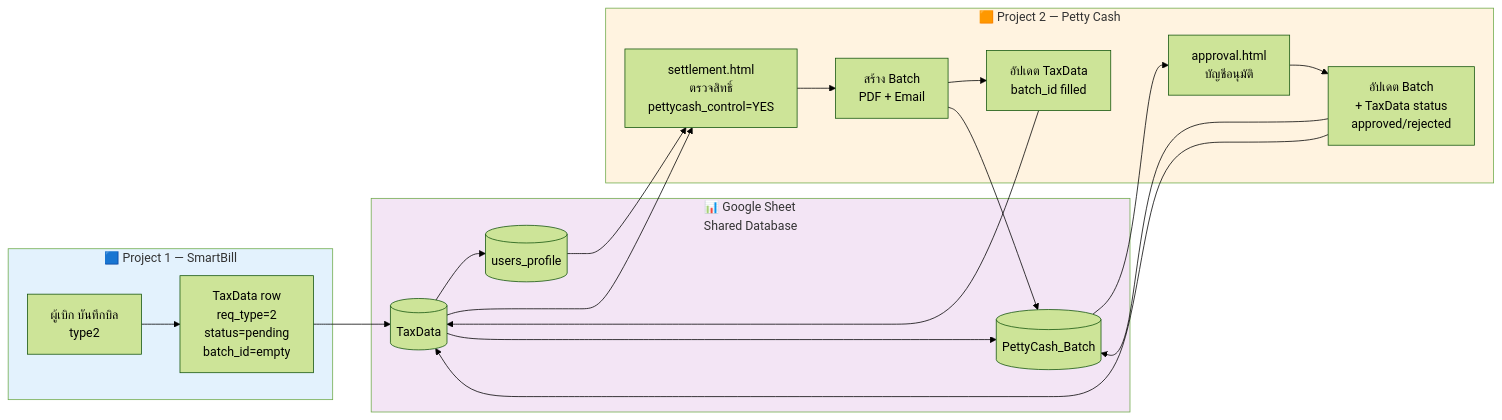
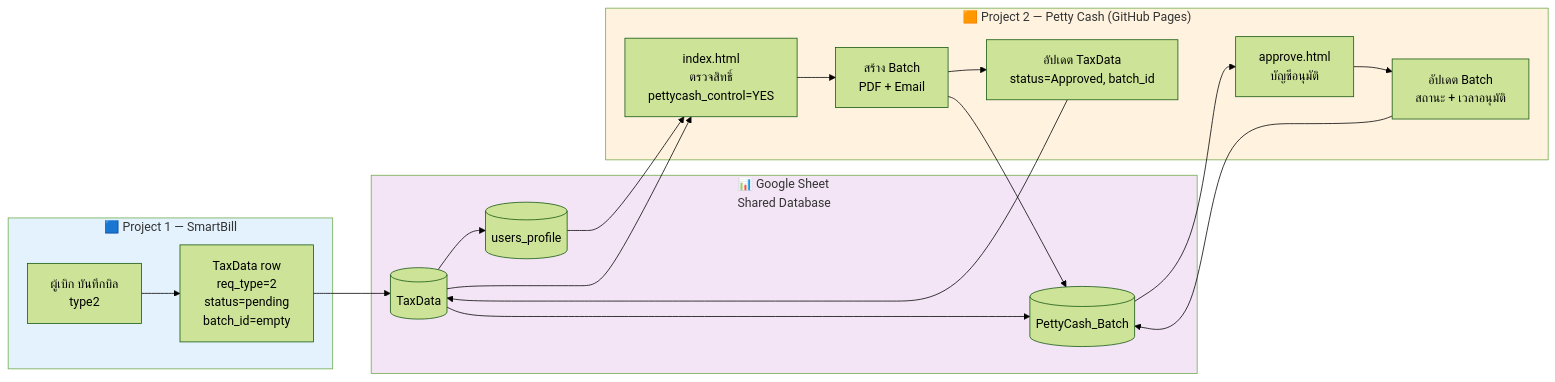
The third of 5 diagrams in skills/Project2_PettyCash.md (pingly69/smartbill_approvepc), drawn with Mermaid (forest theme) before and after one commit. The commit also changed other lines of this file and 2 other files, not shown here.

````diff
--- a/skills/Project2_PettyCash.md
+++ b/skills/Project2_PettyCash.md
@@ -131,30 +129,29 @@
 ```mermaid
 flowchart LR
     subgraph P1["🟦 Project 1 — SmartBill"]
         A1[ผู้เบิก บันทึกบิล\ntype2] --> B1[TaxData row\nreq_type=2\nstatus=pending\nbatch_id=empty]
     end
 
     subgraph Sheet["📊 Google Sheet\nShared Database"]
         B1 --> C1[(TaxData)]
         C1 --> D1[(users_profile)]
         C1 --> E1[(PettyCash_Batch)]
     end
 
-    subgraph P2["🟧 Project 2 — Petty Cash"]
-        D1 --> F1[settlement.html\nตรวจสิทธิ์\npettycash_control=YES]
+    subgraph P2["🟧 Project 2 — Petty Cash (GitHub Pages)"]
+        D1 --> F1[index.html\nตรวจสิทธิ์\npettycash_control=YES]
         C1 --> F1
         F1 --> G1[สร้าง Batch\nPDF + Email]
         G1 --> E1
-        G1 --> H1[อัปเดต TaxData\nbatch_id filled]
+        G1 --> H1[อัปเดต TaxData\nstatus=Approved, batch_id]
         H1 --> C1
 
-        E1 --> I1[approval.html\nบัญชีอนุมัติ]
-        I1 --> J1[อัปเดต Batch\n+ TaxData status\napproved/rejected]
+        E1 --> I1[approve.html\nบัญชีอนุมัติ]
+        I1 --> J1[อัปเดต Batch\nสถานะ + เวลาอนุมัติ]
         J1 --> E1
-        J1 --> C1
     end
 
     style P1 fill:#E3F2FD
     style P2 fill:#FFF3E0
     style Sheet fill:#F3E5F5
 ```
````
